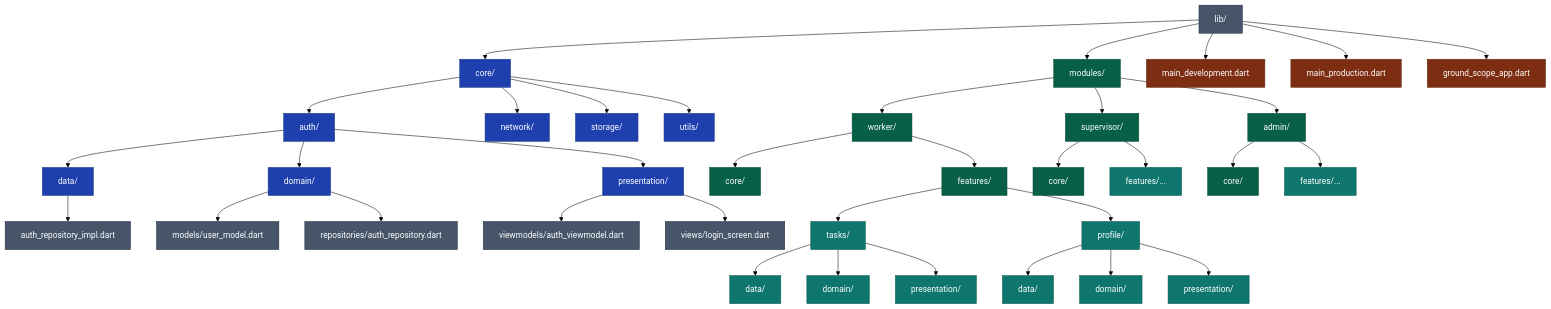
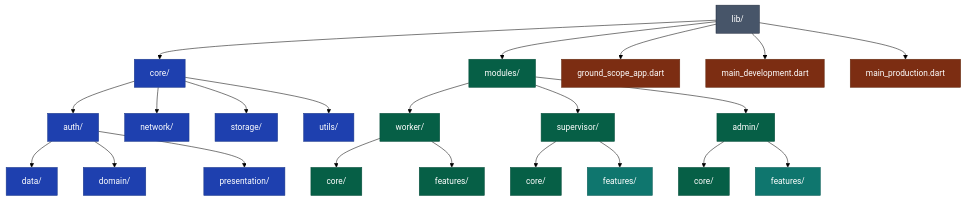
Before and after one commit to a7medelbaz/GroundScope_Graduation_project: the diagram in README.md, drawn with Mermaid (forest theme). The commit also changed other lines of this file, not shown here.

````diff
--- a/README.md
+++ b/README.md
@@ -95,62 +80,46 @@
 ```mermaid
 flowchart TD
 classDef core fill:#1e40af,stroke:#1e3a8a,color:#fff;
 classDef module fill:#065f46,stroke:#064e3b,color:#fff;
 classDef feature fill:#0f766e,stroke:#115e59,color:#fff;
 classDef main fill:#7c2d12,stroke:#652b11,color:#fff;
 classDef file fill:#475569,stroke:#1e293b,color:#fff;
 
 %% ===== LIB =====
 LIB[lib/]:::file
 
 %% ===== CORE =====
 LIB --> CORE[core/]:::core
-
 CORE --> AUTH[auth/]:::core
 AUTH --> AUTH_DATA[data/]:::core
-AUTH_DATA --> AUTH_IMPL[auth_repository_impl.dart]:::file
 AUTH --> AUTH_DOMAIN[domain/]:::core
-AUTH_DOMAIN --> USER_MODEL[models/user_model.dart]:::file
-AUTH_DOMAIN --> AUTH_REPO[repositories/auth_repository.dart]:::file
 AUTH --> AUTH_PRESENTATION[presentation/]:::core
-AUTH_PRESENTATION --> VM[viewmodels/auth_viewmodel.dart]:::file
-AUTH_PRESENTATION --> VIEWS[views/login_screen.dart]:::file
-
 CORE --> NETWORK[network/]:::core
 CORE --> STORAGE[storage/]:::core
 CORE --> UTILS[utils/]:::core
 
 %% ===== MODULES =====
 LIB --> MODULES[modules/]:::module
 
 %% Worker
 MODULES --> WORKER[worker/]:::module
 WORKER --> WORKER_CORE[core/]:::module
 WORKER --> WORKER_FEATURES[features/]:::module
 
-WORKER_FEATURES --> TASKS[tasks/]:::feature
-TASKS --> TASKS_DATA[data/]:::feature
-TASKS --> TASKS_DOMAIN[domain/]:::feature
-TASKS --> TASKS_PRESENTATION[presentation/]:::feature
-
-WORKER_FEATURES --> PROFILE[profile/]:::feature
-PROFILE --> PROFILE_DATA[data/]:::feature
-PROFILE --> PROFILE_DOMAIN[domain/]:::feature
-PROFILE --> PROFILE_PRESENTATION[presentation/]:::feature
-
 %% Supervisor
 MODULES --> SUPERVISOR[supervisor/]:::module
 SUPERVISOR --> SUPERVISOR_CORE[core/]:::module
-SUPERVISOR --> SUPERVISOR_FEATURES[features/...]:::feature
+SUPERVISOR --> SUPERVISOR_FEATURES[features/]:::feature
 
 %% Admin
 MODULES --> ADMIN[admin/]:::module
 ADMIN --> ADMIN_CORE[core/]:::module
-ADMIN --> ADMIN_FEATURES[features/...]:::feature
+ADMIN --> ADMIN_FEATURES[features/]:::feature
 
 %% ===== MAIN FILES =====
+LIB --> MAIN_APP[ground_scope_app.dart]:::main
 LIB --> MAIN_DEV[main_development.dart]:::main
 LIB --> MAIN_PROD[main_production.dart]:::main
-LIB --> MAIN_APP[ground_scope_app.dart]:::main
+
 
 ```
````
